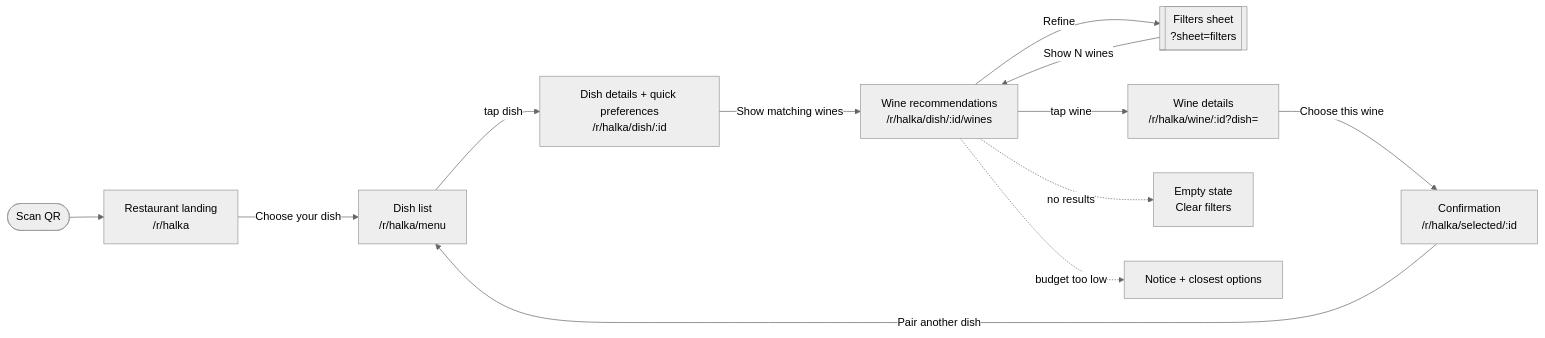
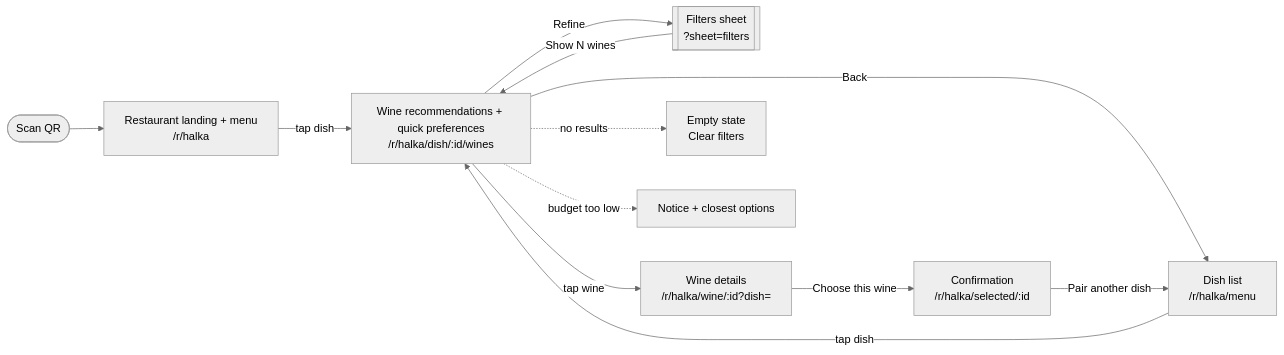
Before and after one commit to NiedzielX/wine: the first of 6 diagrams in docs/USER_FLOWS.md, drawn with Mermaid (neutral theme). The commit also changed other lines of this file and 24 other files, not shown here.

First line of the commit message:
feat(guest): one tap from QR to wines, quick preferences and a desktop layout

````diff
--- a/docs/USER_FLOWS.md
+++ b/docs/USER_FLOWS.md
@@ -9,14 +9,14 @@
 ```mermaid
 flowchart LR
-  QR([Scan QR]) --> L[Restaurant landing<br>/r/halka]
-  L -->|Choose your dish| M[Dish list<br>/r/halka/menu]
-  M -->|tap dish| D[Dish details + quick preferences<br>/r/halka/dish/:id]
-  D -->|Show matching wines| R[Wine recommendations<br>/r/halka/dish/:id/wines]
+  QR([Scan QR]) --> L[Restaurant landing + menu<br>/r/halka]
+  L -->|tap dish| R[Wine recommendations + quick preferences<br>/r/halka/dish/:id/wines]
+  M[Dish list<br>/r/halka/menu] -->|tap dish| R
+  R -->|Back| M
   R -->|Refine| F[[Filters sheet<br>?sheet=filters]]
   F -->|Show N wines| R
   R -->|tap wine| W[Wine details<br>/r/halka/wine/:id?dish=]
   W -->|Choose this wine| C[Confirmation<br>/r/halka/selected/:id]
   C -->|Pair another dish| M
   R -. no results .-> E1[Empty state<br>Clear filters]
   R -. budget too low .-> N1[Notice + closest options]
 ```
````
